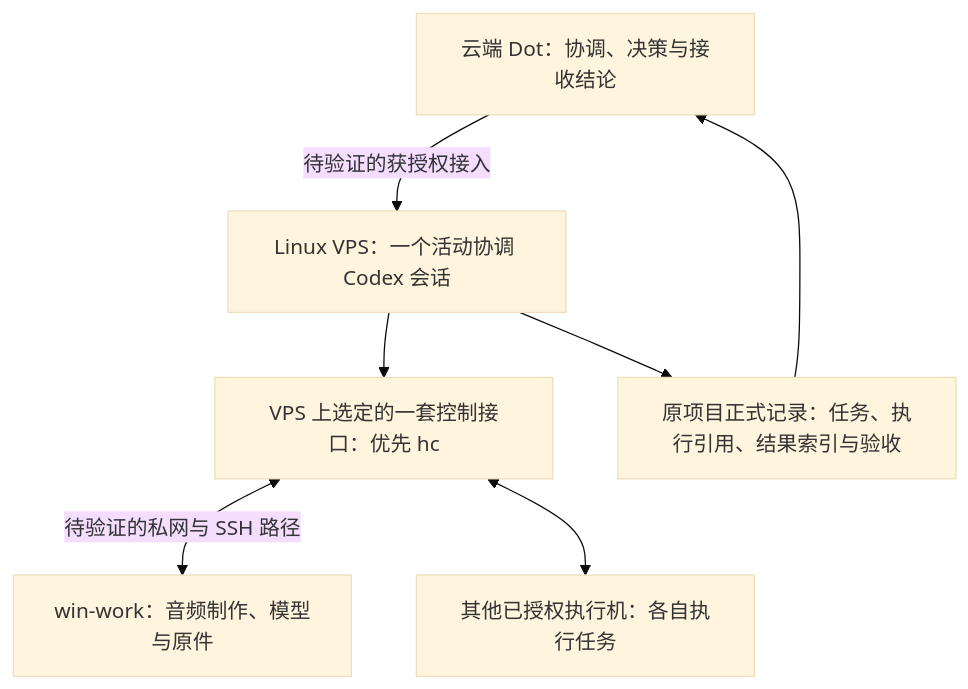
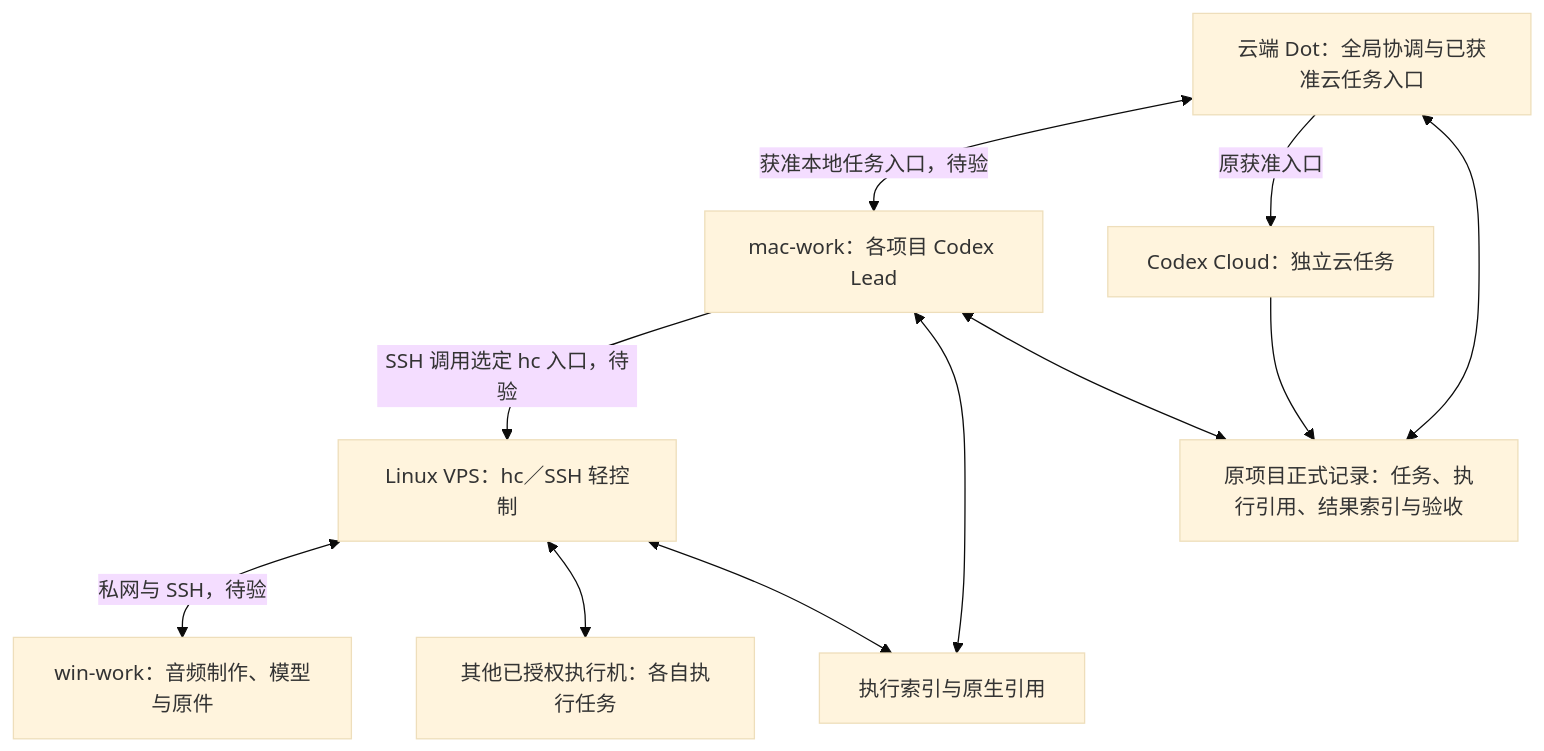
One commit to CF-FE/herdr-4-codexcloud changed the diagram in docs/vps-control-pilot.md. Above: the diagram before and after it, drawn with Mermaid (base theme). The commit also changed other lines of this file and 5 other files, not shown here.

Commit message:
docs: refine collaboration architecture and host requirements

````diff
--- a/docs/vps-control-pilot.md
+++ b/docs/vps-control-pilot.md
@@ -11,15 +19,21 @@
 ```mermaid
 flowchart TD
-    D["云端 Dot：协调、决策与接收结论"]
-    V["Linux VPS：一个活动协调 Codex 会话"]
-    H["VPS 上选定的一套控制接口：优先 hc"]
+    D["云端 Dot：全局协调与已获准云任务入口"]
+    M["mac-work：各项目 Codex Lead"]
+    V["Linux VPS：hc／SSH 轻控制"]
     W["win-work：音频制作、模型与原件"]
     O["其他已授权执行机：各自执行任务"]
+    C["Codex Cloud：独立云任务"]
+    I["执行索引与原生引用"]
     R["原项目正式记录：任务、执行引用、结果索引与验收"]
-    D -->|"待验证的获授权接入"| V
-    V --> H
-    H <-->|"待验证的私网与 SSH 路径"| W
-    H <--> O
-    V --> R
-    R --> D
+    D <-->|"获准本地任务入口，待验"| M
+    M -->|"SSH 调用选定 hc 入口，待验"| V
+    V <-->|"私网与 SSH，待验"| W
+    V <--> O
+    D -->|"原获准入口"| C
+    V <--> I
+    M <--> I
+    M <--> R
+    C --> R
+    D <--> R
 ```
````
